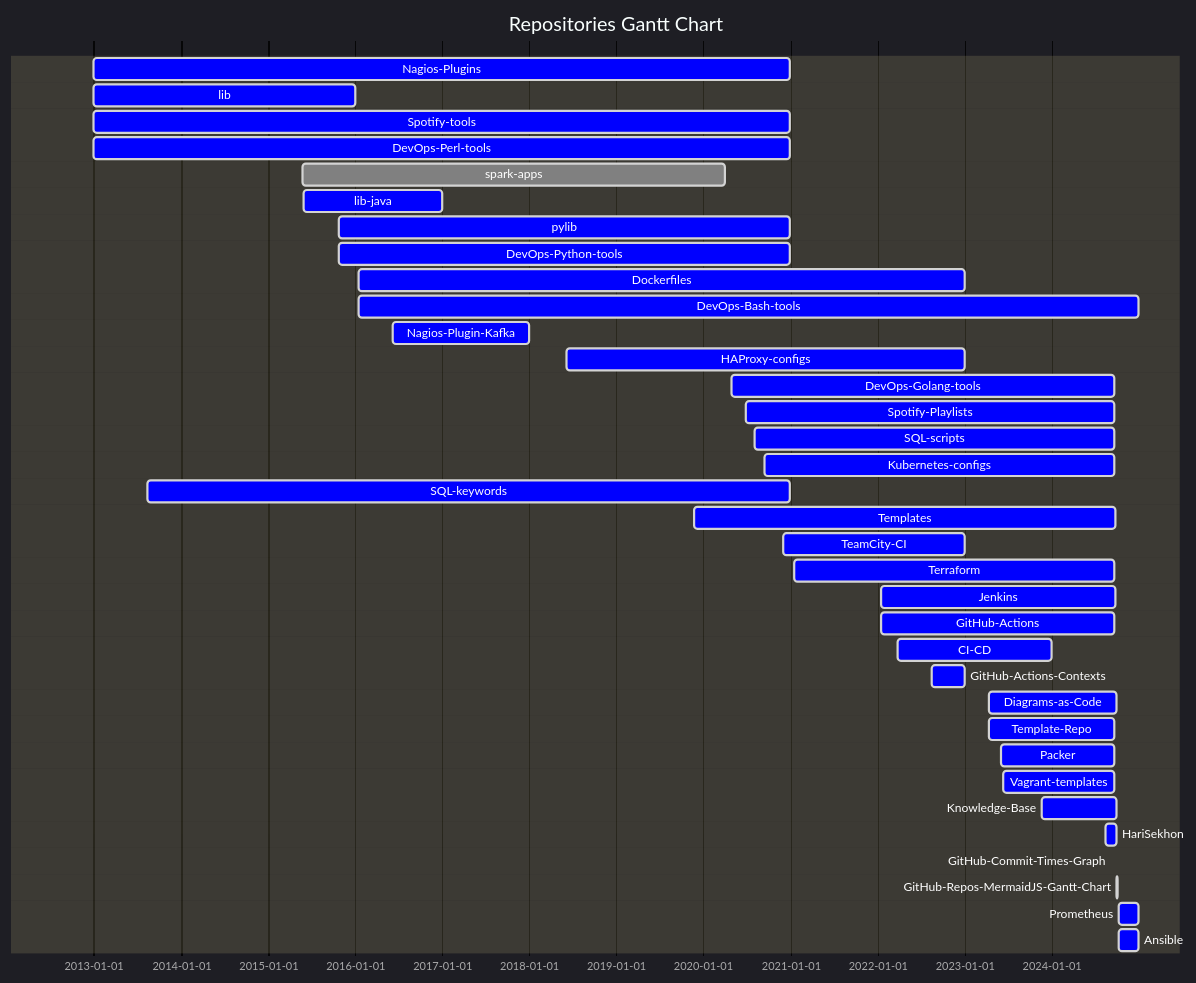
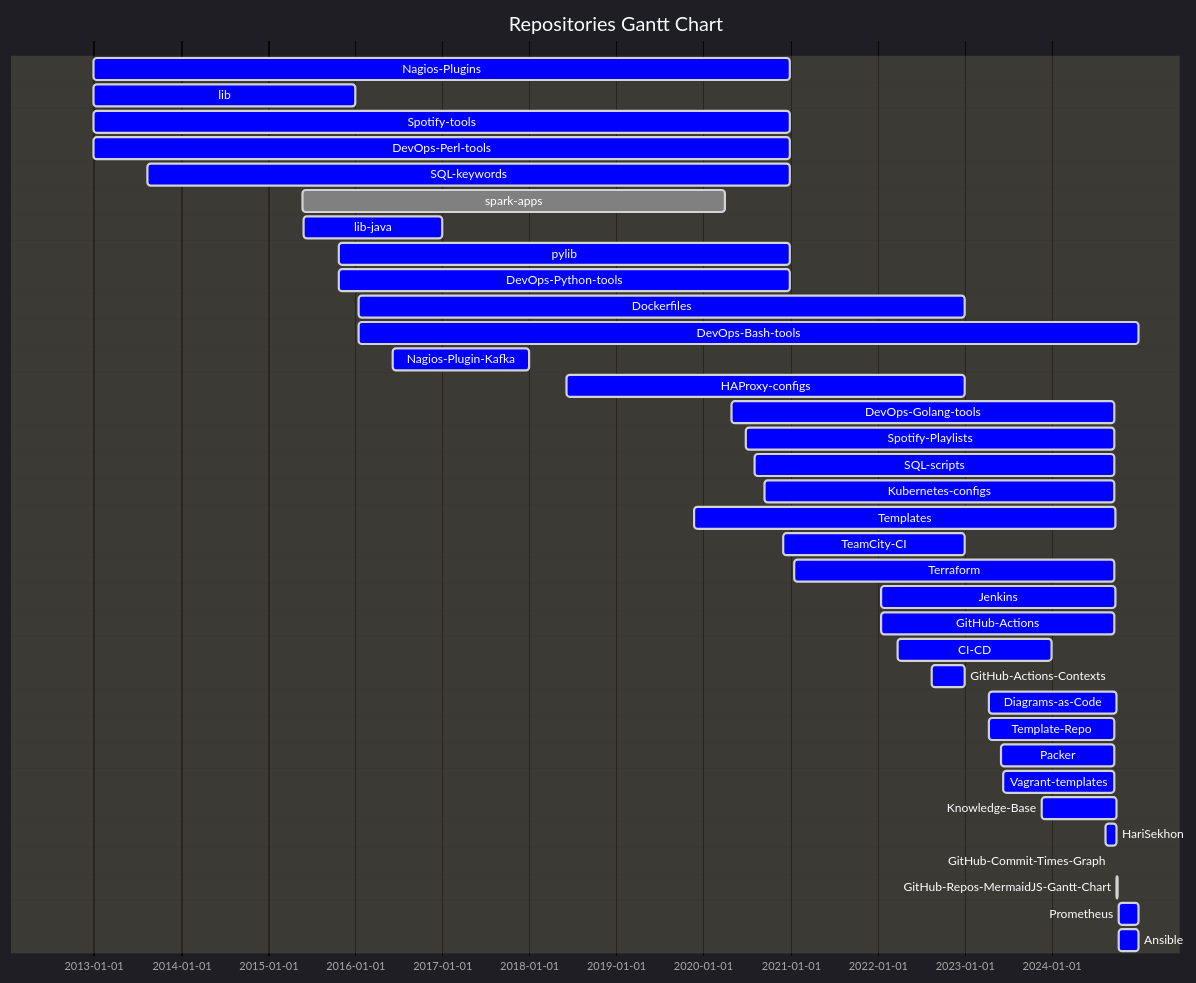
The first of 2 diagrams in README.md (HariSekhon/HariSekhon), drawn with Mermaid before and after one commit. The commit also changed other lines of this file, not shown here.

````diff
--- a/README.md
+++ b/README.md
@@ -266,57 +266,57 @@
 ```mermaid
 %%{ init: {
         "logLevel": "debug",
         'theme': 'dark',
         'themeVariables': {
           'activeTaskBkgColor': '#0000ff',
           'activeTaskBorderColor': 'lightgrey',
           'critBorderColor': 'lightgrey',
           'doneTaskBkgColor': 'grey',
           'doneTaskBorderColor': 'lightgrey',
           'taskBkgColor': 'black',
           'taskBorderColor': 'black',
           'taskTextColor': 'white',
           'taskTextDarkColor': 'white',
           'taskTextLightColor': 'black',
           'todayLineColor': 'red'
         }
     }
 }%%
 gantt
     dateFormat  YYYY-MM-DD
     title Repositories Gantt Chart
     Nagios-Plugins : active, 2012-12-30, 2020-12-31
     lib : active, 2012-12-30, 2015-12-31
     Spotify-tools : active, 2012-12-30, 2020-12-31
     DevOps-Perl-tools : active, 2012-12-30, 2020-12-31
+    SQL-keywords : active, 2013-08-13, 2020-12-31
     spark-apps : done, 2015-05-25, 2020-04-02
     lib-java : active, 2015-05-31, 2016-12-31
     pylib : active, 2015-10-27, 2020-12-31
     DevOps-Python-tools : active, 2015-10-27, 2020-12-31
     Dockerfiles : active, 2016-01-17, 2022-12-31
     DevOps-Bash-tools : active, 2016-01-17, 2024-12-31
     Nagios-Plugin-Kafka : active, 2016-06-07, 2017-12-31
     HAProxy-configs : active, 2018-06-08, 2022-12-31
     DevOps-Golang-tools : active, 2020-04-30, 2024-09-22
     Spotify-Playlists : active, 2020-06-29, 2024-09-22
     SQL-scripts : active, 2020-08-05, 2024-09-21
     Kubernetes-configs : active, 2020-09-16, 2024-09-21
-    SQL-keywords : active, 2013-08-13, 2020-12-31
     Templates : active, 2019-11-25, 2024-09-25
     TeamCity-CI : active, 2020-12-03, 2022-12-31
     Terraform : active, 2021-01-18, 2024-09-21
     Jenkins : active, 2022-01-17, 2024-09-23
     GitHub-Actions : active, 2022-01-17, 2024-09-22
     CI-CD : active, 2022-03-25, 2023-12-31
     GitHub-Actions-Contexts : active, 2022-08-17, 2022-12-31
     Diagrams-as-Code : active, 2023-04-14, 2024-10-02
     Template-Repo : active, 2023-04-15, 2024-09-22
     Packer : active, 2023-06-02, 2024-09-21
     Vagrant-templates : active, 2023-06-12, 2024-09-21
     Knowledge-Base : active, 2023-11-22, 2024-09-29
     HariSekhon : active, 2024-08-14, 2024-10-02
     GitHub-Commit-Times-Graph : active, 2024-09-07, 2024-09-08
     GitHub-Repos-MermaidJS-Gantt-Chart : active, 2024-10-02, 2024-10-03
     Prometheus : active, 2024-10-08, 2024-12-31
     Ansible : active, 2024-10-08, 2024-12-31
 ```
````
